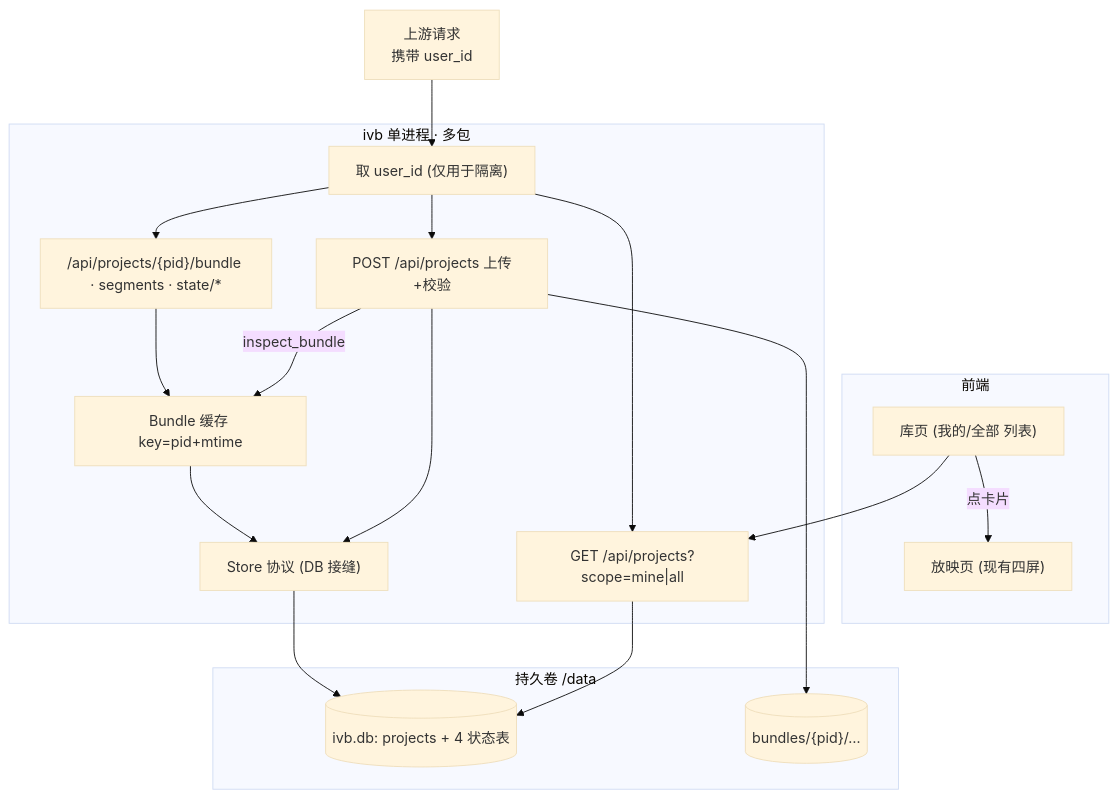
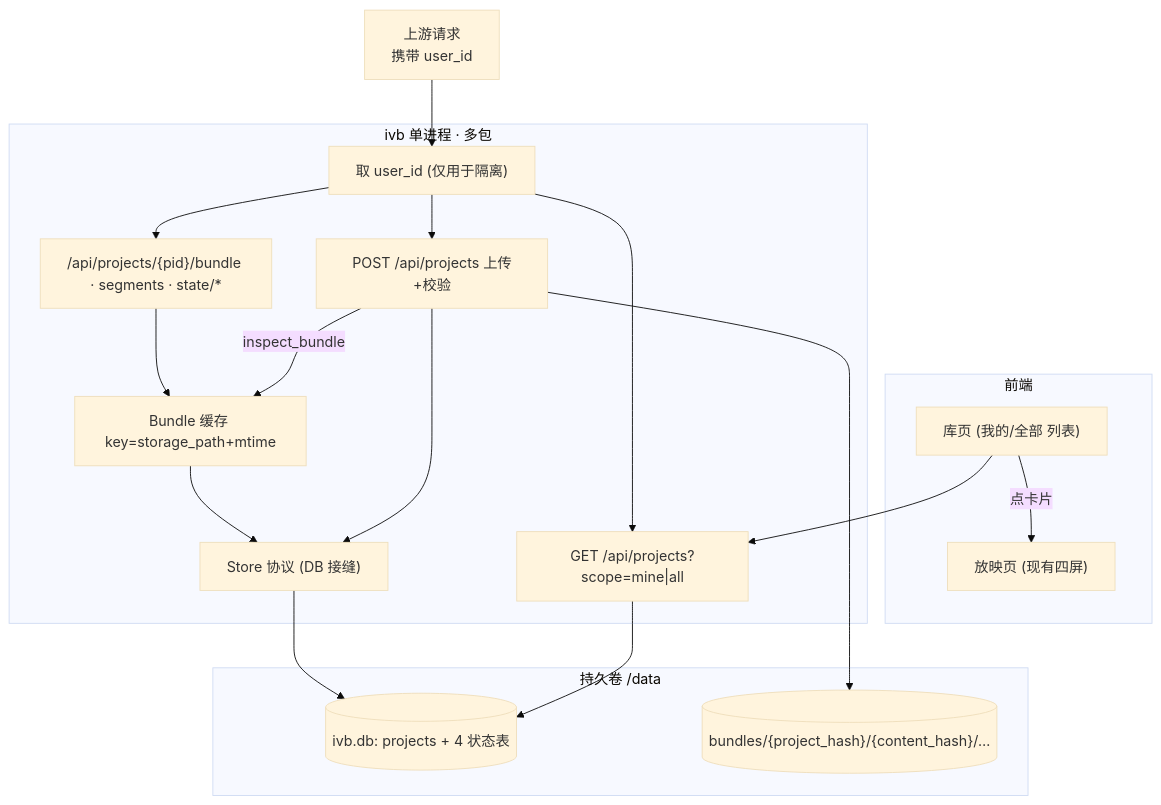
The diagram in plugins/apps/qwenpaw-creator/player/docs/service-design.md (Saint-Yin/QwenPaw), drawn with Mermaid (base theme) before and after one commit. The commit also changed other lines of this file and 64 other files, not shown here.

````diff
--- a/plugins/apps/qwenpaw-creator/player/docs/service-design.md
+++ b/plugins/apps/qwenpaw-creator/player/docs/service-design.md
@@ -41,28 +43,28 @@
 ```mermaid
 graph TB
   subgraph FE["前端"]
     L["库页 (我的/全部 列表)"]
     P["放映页 (现有四屏)"]
   end
   GW["上游请求<br/>携带 user_id"]
   subgraph SVC["ivb 单进程 · 多包"]
     IDP["取 user_id (仅用于隔离)"]
     UP["POST /api/projects 上传+校验"]
     LIST["GET /api/projects?scope=mine|all"]
     PLAY["/api/projects/{pid}/bundle · segments · state/*"]
-    CACHE["Bundle 缓存 key=pid+mtime"]
+    CACHE["Bundle 缓存 key=storage_path+mtime"]
     REPO["Store 协议 (DB 接缝)"]
   end
   subgraph DATA["持久卷 /data"]
     DB[("ivb.db: projects + 4 状态表")]
-    BLOBS[("bundles/{pid}/…")]
+    BLOBS[("bundles/{project_hash}/{content_hash}/…")]
   end
   L --> LIST
   L -->|点卡片| P
   GW --> IDP --> LIST & PLAY & UP
   UP -->|inspect_bundle| CACHE
   UP --> BLOBS
   UP --> REPO
   PLAY --> CACHE --> REPO
   LIST & REPO --> DB
 ```
````
